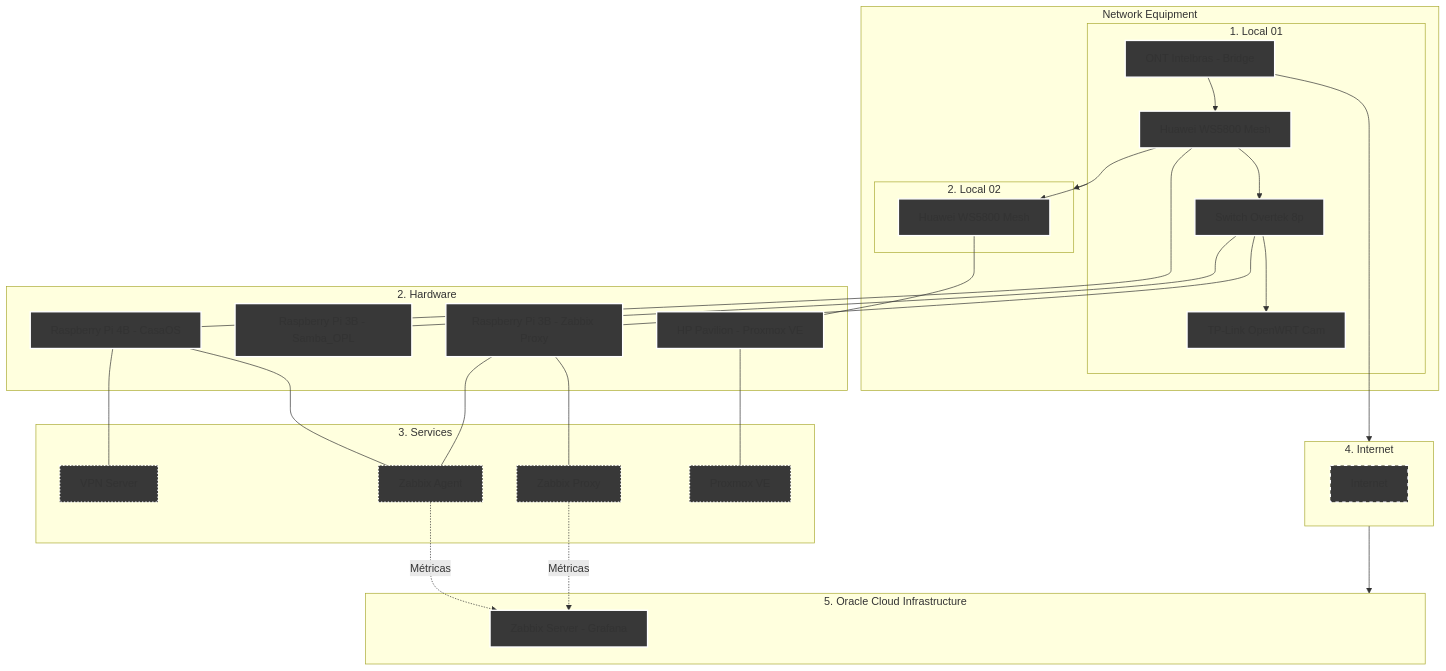
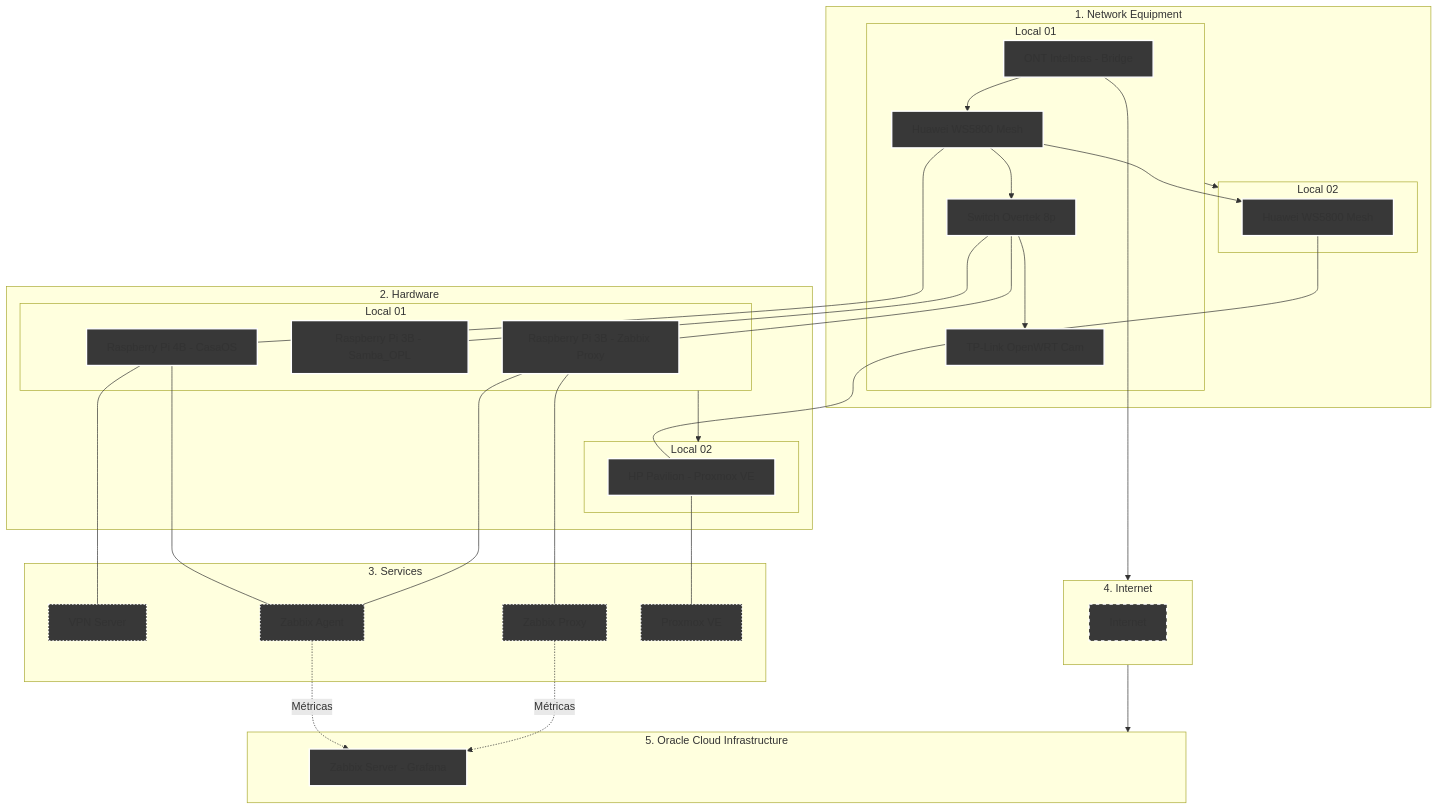
One commit to kevindexter22/Dr-Hardware-Autonet changed the diagram in Infraestructure/README.md. Above: the diagram before and after it, drawn with Mermaid.

````diff
--- a/Infraestructure/README.md
+++ b/Infraestructure/README.md
@@ -13,57 +13,63 @@
 ```mermaid
 graph TD
     %% Styles
     classDef network fill:#383838,stroke:#FFFFFF,stroke-width:2px;
     classDef hardware fill:#383838,stroke:#FFFFFF,stroke-width:2px;
     classDef internet fill:#383838,stroke:#FFFFFF,stroke-width:2px,stroke-dasharray: 5 5;
     classDef services fill:#383838,stroke:#FFFFFF,stroke-width:2px, stroke-dasharray: 2 3;
     classDef oci fill:#383838,stroke:#FFFFFF,stroke-width:2px;
 
     %% 1. NETWORK EQUIPMENT
-    subgraph Principal["Network Equipment"]
-    subgraph S1 [1. Local 01]
+    subgraph Principal["1. Network Equipment"]
+    subgraph S1 [Local 01]
         ONT[ONT Intelbras - Bridge]:::network --> R_Mesh1[Huawei WS5800 Mesh]:::network
         R_Mesh1 --> SW1[Switch Overtek 8p]:::network
         SW1 --> R_Cams[TP-Link OpenWRT Cam]:::network    
     end
-    subgraph S2 [2. Local 02]
+    subgraph S2 [Local 02]
         R_Mesh1 --> R_Mesh2[Huawei WS5800 Mesh]:::network
     end
     S1 --> S2
     end
+    
     %% 2. HARDWARE
-    subgraph S3 [2. Hardware]
+    subgraph Principal02["2. Hardware"]
+    subgraph S3 [Local 01]
         R_Mesh1 --- RPi4B[Raspberry Pi 4B - CasaOS]:::hardware
         SW1 --- RPi3B_1[Raspberry Pi 3B - Samba_OPL]:::hardware
         SW1 --- RPi3B_2[Raspberry Pi 3B - Zabbix Proxy]:::hardware
+    end
+    subgraph S4 [Local 02]
         R_Mesh2 --- HP[HP Pavilion - Proxmox VE]:::hardware
+    end
+    S3 --> S4
     end
 
     %% 3. SERVICES     
-    subgraph S4 [3. Services];
+    subgraph S5 [3. Services];
         RPi4B --- VPN[VPN Server]:::services
         RPi4B --- ZA[Zabbix Agent]:::services
         RPi3B_2 --- ZA[Zabbix Agent]:::services
         RPi3B_2 --- ZP[Zabbix Proxy]:::services
         HP --- PVE[Proxmox VE]:::services        
     end
 
     %% 4. Internet (The Bridge)
-    subgraph S5 [4. Internet]
+    subgraph S6 [4. Internet]
            internet[Internet]:::internet
     end
 
     %% 5. Oracle Cloud Infrastructure
-    subgraph S6 [5. Oracle Cloud Infrastructure]
+    subgraph S7 [5. Oracle Cloud Infrastructure]
         ZS[Zabbix Server - Grafana]:::oci
     end
 
     %% Conections of data flow
-    ONT --> S5
-    S5 --> S6
+    ONT --> S6
+    S6 --> S7
     
     %% Logical conections
     ZA -.-> |Métricas| ZS
     ZP -.-> |Métricas| ZS 
 
 ```
````
